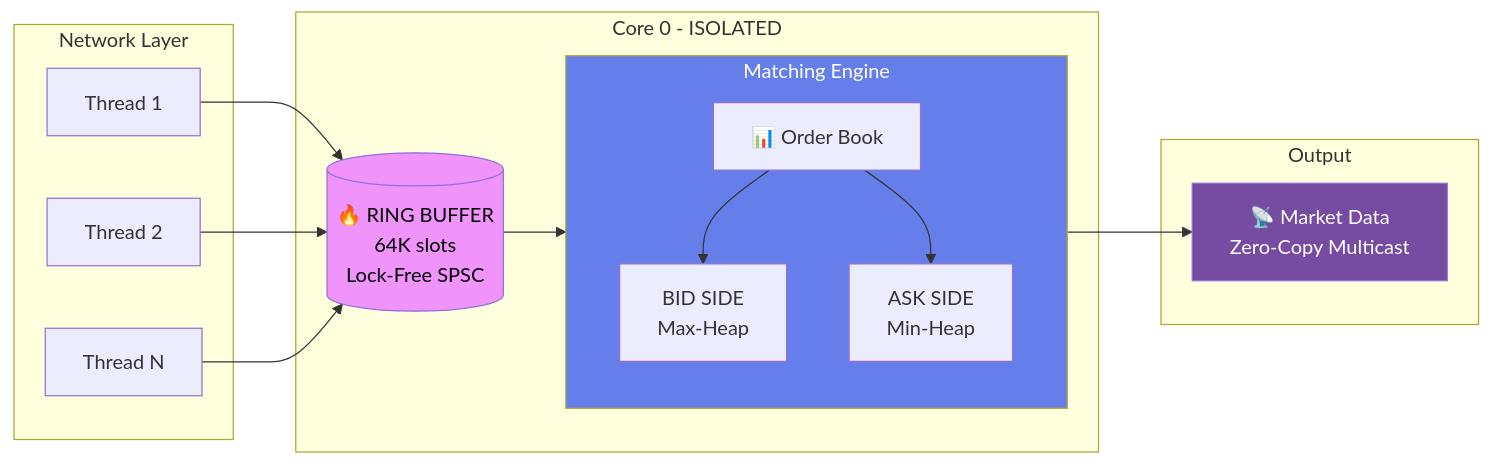
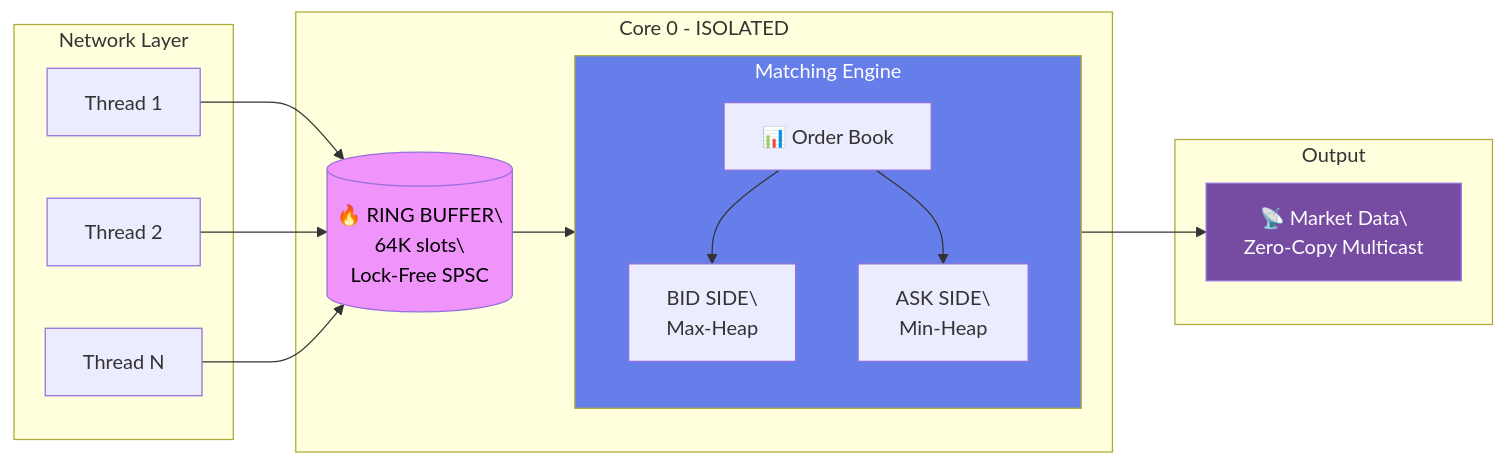
The second of 2 diagrams in README.md (DevWizard-Vandan/DevWizard-Vandan), drawn with Mermaid before and after one commit. The commit also changed other lines of this file, not shown here.

````diff
--- a/README.md
+++ b/README.md
@@ -304,33 +303,33 @@
 ```mermaid
 flowchart LR
     subgraph Network["Network Layer"]
         N1[Thread 1]
         N2[Thread 2]
         N3[Thread N]
     end
     
     subgraph Core["Core 0 - ISOLATED"]
-        RB[("🔥 RING BUFFER\n64K slots\nLock-Free SPSC")]
+        RB[("🔥 RING BUFFER\\n64K slots\\nLock-Free SPSC")]
         
         subgraph ME["Matching Engine"]
             LOB["📊 Order Book"]
-            BID["BID SIDE\nMax-Heap"]
-            ASK["ASK SIDE\nMin-Heap"]
+            BID["BID SIDE\\nMax-Heap"]
+            ASK["ASK SIDE\\nMin-Heap"]
             LOB --> BID
             LOB --> ASK
         end
         
         RB --> ME
     end
     
     subgraph Output["Output"]
-        MD["📡 Market Data\nZero-Copy Multicast"]
+        MD["📡 Market Data\\nZero-Copy Multicast"]
     end
     
     N1 & N2 & N3 --> RB
     ME --> MD
     
     style RB fill:#f093fb,color:#000
     style ME fill:#667eea,color:#fff
     style MD fill:#764ba2,color:#fff
 ```
````
